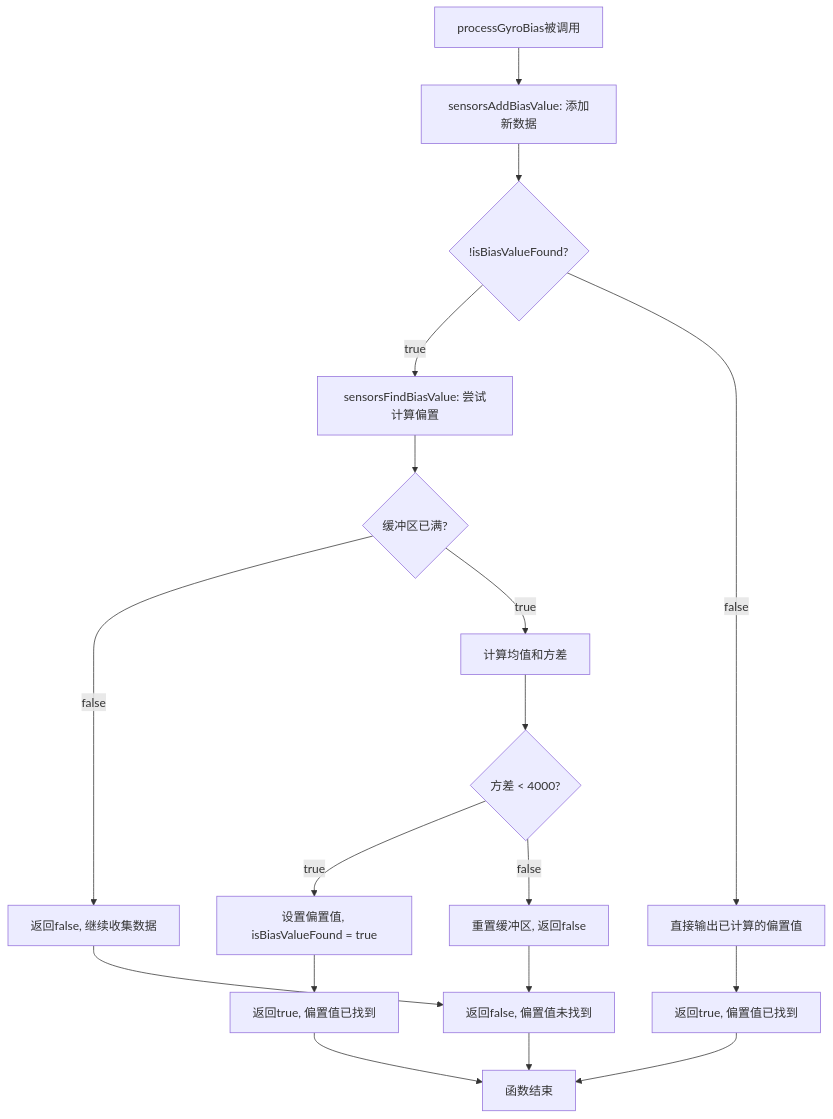
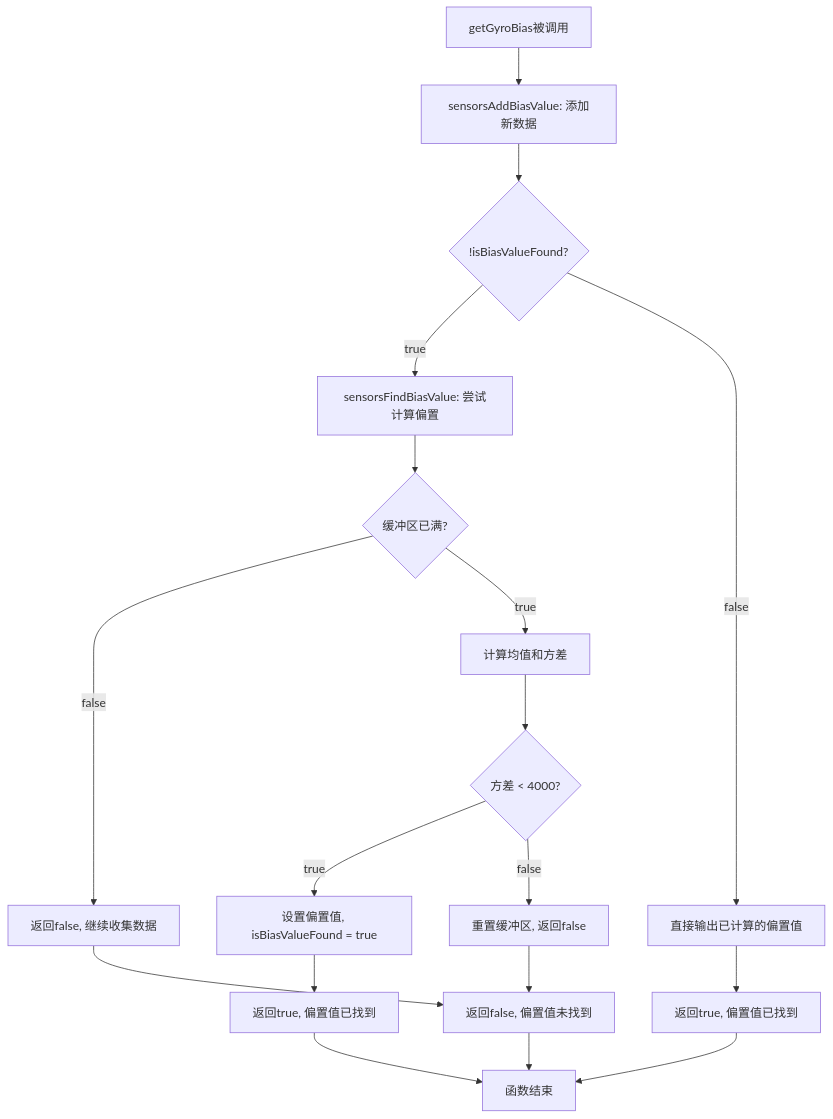
Before and after one commit to flightErmao/07-gg-all-inone: the second of 2 diagrams in document/03-算法相关/01-陀螺仪偏置计算数学原理.md, drawn with Mermaid. The commit also changed other lines of this file and 47 other files, not shown here.

````diff
--- a/document/03-算法相关/01-陀螺仪偏置计算数学原理.md
+++ b/document/03-算法相关/01-陀螺仪偏置计算数学原理.md
@@ -144,20 +144,20 @@
 ```mermaid
 flowchart TD
-    A[processGyroBias被调用] --> B[sensorsAddBiasValue: 添加新数据]
+    A[getGyroBias被调用] --> B[sensorsAddBiasValue: 添加新数据]
     B --> C{!isBiasValueFound?}
     C -->|true| D[sensorsFindBiasValue: 尝试计算偏置]
     C -->|false| E[直接输出已计算的偏置值]
     D --> F{缓冲区已满?}
     F -->|false| G[返回false, 继续收集数据]
     F -->|true| H[计算均值和方差]
     H --> I{方差 < 4000?}
     I -->|true| J[设置偏置值, isBiasValueFound = true]
     I -->|false| K[重置缓冲区, 返回false]
     J --> L[返回true, 偏置值已找到]
     E --> M[返回true, 偏置值已找到]
     G --> N[返回false, 偏置值未找到]
     K --> N
     L --> O[函数结束]
     M --> O
     N --> O
 ```
````
